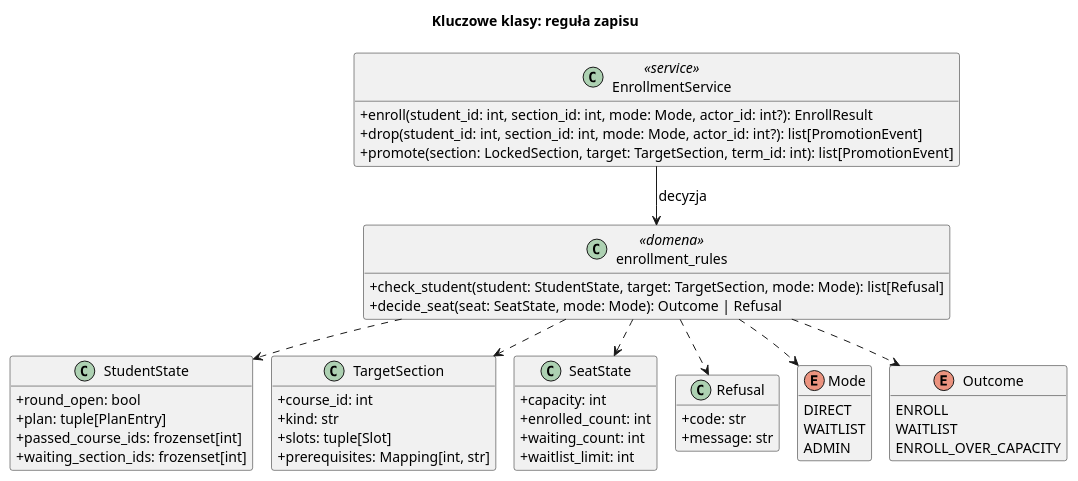
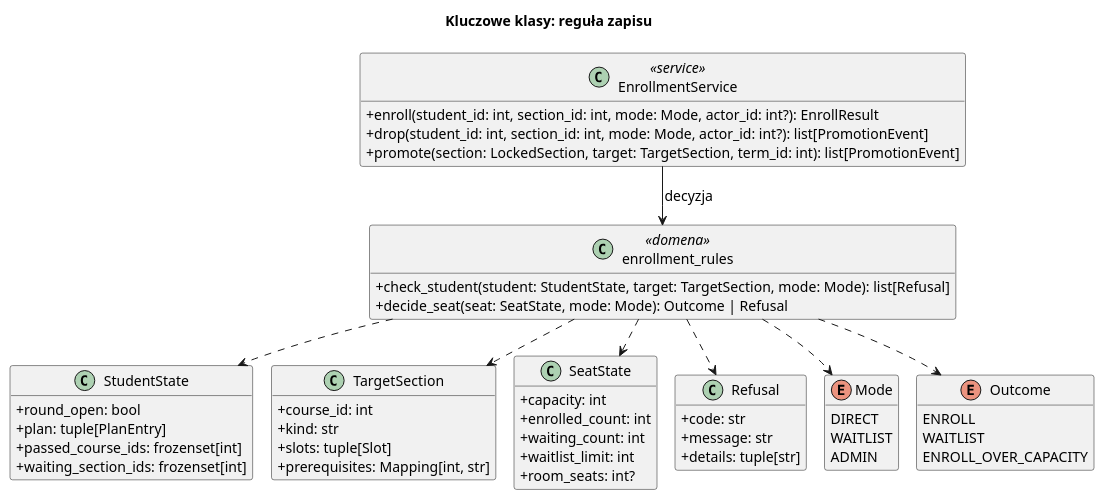
Before and after one commit to Husaria55/USOSv2: the diagram in etap3/diagramy/klasy_skrot.puml, drawn with PlantUML. The commit also changed 14 other files, not shown here.

First line of the commit message:
Etap 3: spójność diagramów z kodem i README (recenzja main)

```diff
--- a/etap3/diagramy/klasy_skrot.puml
+++ b/etap3/diagramy/klasy_skrot.puml
@@ -1,58 +1,60 @@
 @startuml klasy_skrot
 !pragma layout smetana
 title Kluczowe klasy: reguła zapisu
 skinparam shadowing false
 skinparam classAttributeIconSize 0
 skinparam defaultFontSize 14
 hide empty members
 
 class EnrollmentService <<service>> {
   + enroll(student_id: int, section_id: int, mode: Mode, actor_id: int?): EnrollResult
   + drop(student_id: int, section_id: int, mode: Mode, actor_id: int?): list[PromotionEvent]
   + promote(section: LockedSection, target: TargetSection, term_id: int): list[PromotionEvent]
 }
 class enrollment_rules <<domena>> {
   + check_student(student: StudentState, target: TargetSection, mode: Mode): list[Refusal]
   + decide_seat(seat: SeatState, mode: Mode): Outcome | Refusal
 }
 class StudentState {
   + round_open: bool
   + plan: tuple[PlanEntry]
   + passed_course_ids: frozenset[int]
   + waiting_section_ids: frozenset[int]
 }
 class TargetSection {
   + course_id: int
   + kind: str
   + slots: tuple[Slot]
   + prerequisites: Mapping[int, str]
 }
 class SeatState {
   + capacity: int
   + enrolled_count: int
   + waiting_count: int
   + waitlist_limit: int
+  + room_seats: int?
 }
 class Refusal {
   + code: str
   + message: str
+  + details: tuple[str]
 }
 enum Mode {
   DIRECT
   WAITLIST
   ADMIN
 }
 enum Outcome {
   ENROLL
   WAITLIST
   ENROLL_OVER_CAPACITY
 }
 
 EnrollmentService --> enrollment_rules : decyzja
 enrollment_rules ..> StudentState
 enrollment_rules ..> TargetSection
 enrollment_rules ..> SeatState
 enrollment_rules ..> Refusal
 enrollment_rules ..> Outcome
 enrollment_rules ..> Mode
 @enduml
```
